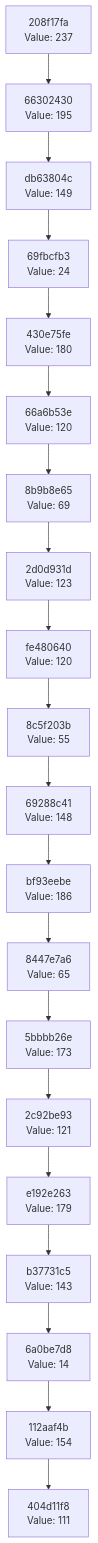
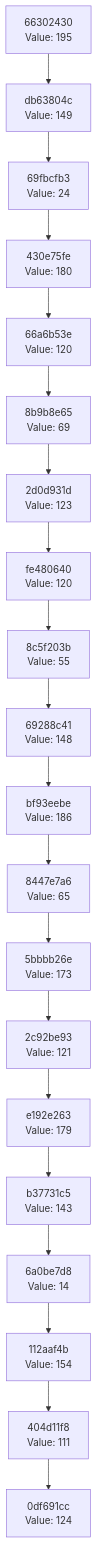
Before and after one commit to Abhisheksinha1506/hash-chain-evolver: the diagram in docs/CHAIN_VISUALIZATION.md, drawn with Mermaid. The commit also changed 3 other files, not shown here.

````diff
--- a/docs/CHAIN_VISUALIZATION.md
+++ b/docs/CHAIN_VISUALIZATION.md
@@ -3,42 +3,42 @@
 ```mermaid
 graph TD
-    C0["404d11f8<br/>Value: 111"]
-    C1["112aaf4b<br/>Value: 154"]
+    C0["0df691cc<br/>Value: 124"]
+    C1["404d11f8<br/>Value: 111"]
     C1 --> C0
-    C2["6a0be7d8<br/>Value: 14"]
+    C2["112aaf4b<br/>Value: 154"]
     C2 --> C1
-    C3["b37731c5<br/>Value: 143"]
+    C3["6a0be7d8<br/>Value: 14"]
     C3 --> C2
-    C4["e192e263<br/>Value: 179"]
+    C4["b37731c5<br/>Value: 143"]
     C4 --> C3
-    C5["2c92be93<br/>Value: 121"]
+    C5["e192e263<br/>Value: 179"]
     C5 --> C4
-    C6["5bbbb26e<br/>Value: 173"]
+    C6["2c92be93<br/>Value: 121"]
     C6 --> C5
-    C7["8447e7a6<br/>Value: 65"]
+    C7["5bbbb26e<br/>Value: 173"]
     C7 --> C6
-    C8["bf93eebe<br/>Value: 186"]
+    C8["8447e7a6<br/>Value: 65"]
     C8 --> C7
-    C9["69288c41<br/>Value: 148"]
+    C9["bf93eebe<br/>Value: 186"]
     C9 --> C8
-    C10["8c5f203b<br/>Value: 55"]
+    C10["69288c41<br/>Value: 148"]
     C10 --> C9
-    C11["fe480640<br/>Value: 120"]
+    C11["8c5f203b<br/>Value: 55"]
     C11 --> C10
-    C12["2d0d931d<br/>Value: 123"]
+    C12["fe480640<br/>Value: 120"]
     C12 --> C11
-    C13["8b9b8e65<br/>Value: 69"]
+    C13["2d0d931d<br/>Value: 123"]
     C13 --> C12
-    C14["66a6b53e<br/>Value: 120"]
+    C14["8b9b8e65<br/>Value: 69"]
     C14 --> C13
-    C15["430e75fe<br/>Value: 180"]
+    C15["66a6b53e<br/>Value: 120"]
     C15 --> C14
-    C16["69fbcfb3<br/>Value: 24"]
+    C16["430e75fe<br/>Value: 180"]
     C16 --> C15
-    C17["db63804c<br/>Value: 149"]
+    C17["69fbcfb3<br/>Value: 24"]
     C17 --> C16
-    C18["66302430<br/>Value: 195"]
+    C18["db63804c<br/>Value: 149"]
     C18 --> C17
-    C19["208f17fa<br/>Value: 237"]
+    C19["66302430<br/>Value: 195"]
     C19 --> C18
 ```
````
